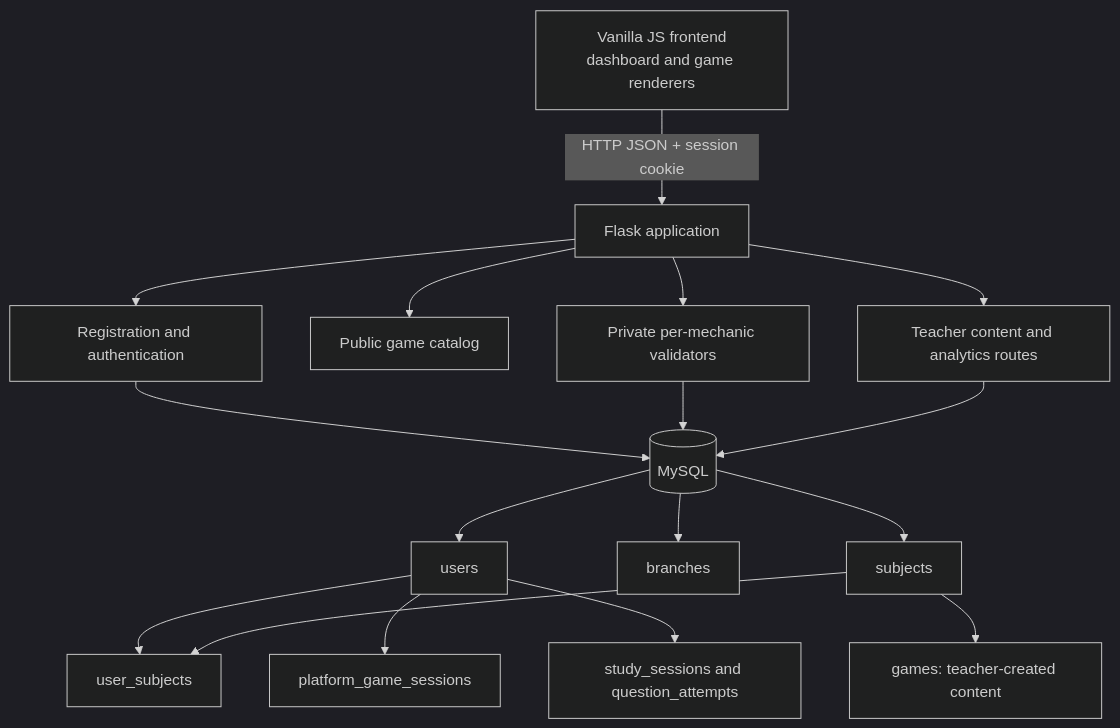
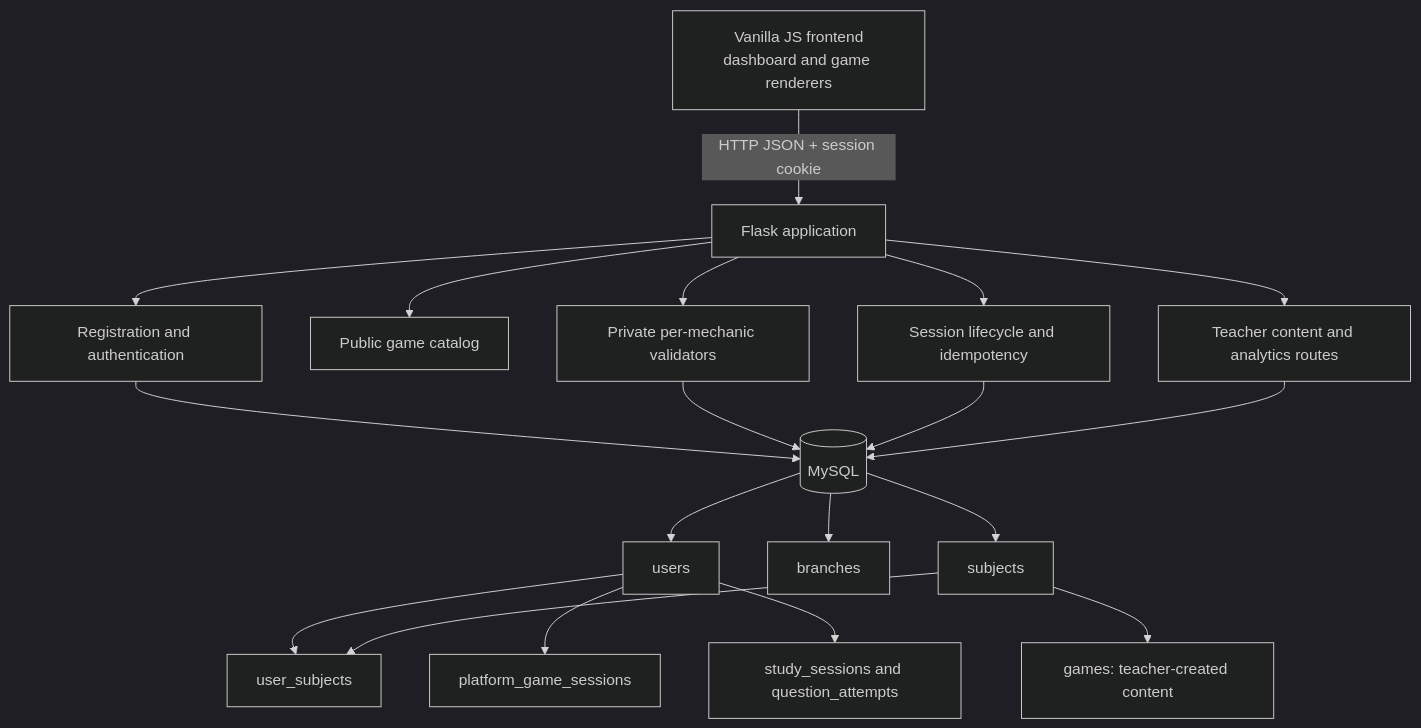
The first of 2 diagrams in studybuddy/docs/ARCHITECTURE.md (Spidey-25/StudyBuddy), drawn with Mermaid (dark theme) before and after one commit. The commit also changed other lines of this file and 28 other files, not shown here.

````diff
--- a/studybuddy/docs/ARCHITECTURE.md
+++ b/studybuddy/docs/ARCHITECTURE.md
@@ -3,19 +3,21 @@
 ```mermaid
 flowchart TD
   Browser[Vanilla JS frontend<br/>dashboard and game renderers] -->|HTTP JSON + session cookie| Flask[Flask application]
   Flask --> Auth[Registration and authentication]
   Flask --> Catalog[Public game catalog]
   Flask --> Validator[Private per-mechanic validators]
+  Flask --> Lifecycle[Session lifecycle and idempotency]
   Flask --> Teacher[Teacher content and analytics routes]
   Auth --> DB[(MySQL)]
   Validator --> DB
+  Lifecycle --> DB
   Teacher --> DB
   DB --> Users[users]
   DB --> Branches[branches]
   DB --> Subjects[subjects]
   Users --> UserSubjects[user_subjects]
   Subjects --> UserSubjects
   Subjects --> Games[games: teacher-created content]
   Users --> PlatformSessions[platform_game_sessions]
   Users --> LegacySessions[study_sessions and question_attempts]
 ```
````
